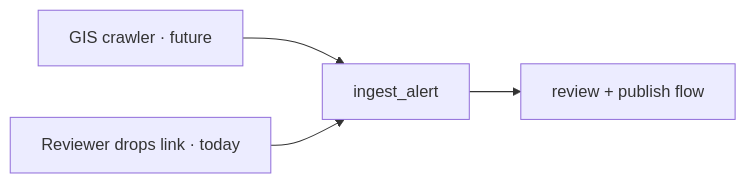
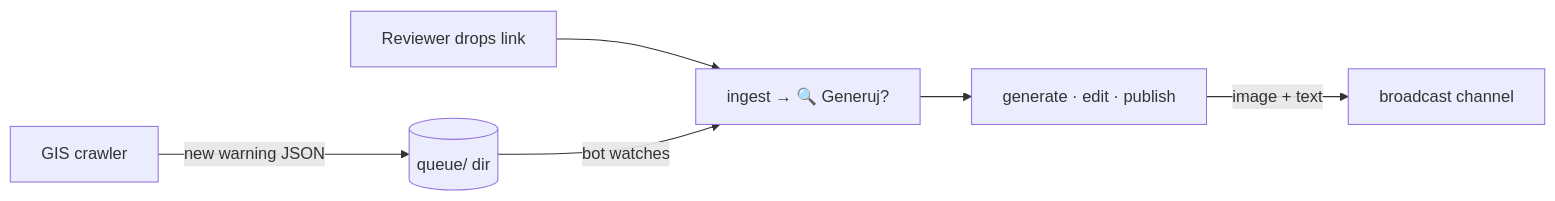
Before and after one commit to kamcioszeq/alertkonsumencki: the third of 3 diagrams in README_WHY.md, drawn with Mermaid. The commit also changed other lines of this file and 27 other files, not shown here.

````diff
--- a/README_WHY.md
+++ b/README_WHY.md
@@ -85,6 +88,8 @@
 ```mermaid
 flowchart LR
-  crawler[GIS crawler · future] --> ingest[ingest_alert]
-  manual[Reviewer drops link · today] --> ingest
-  ingest --> review[review + publish flow]
+  crawler[GIS crawler] -->|new warning JSON| queue[(queue/ dir)]
+  manual[Reviewer drops link] --> ingest
+  queue -->|bot watches| ingest[ingest → 🔍 Generuj?]
+  ingest --> review[generate · edit · publish]
+  review -->|image + text| channel[broadcast channel]
 ```
````
